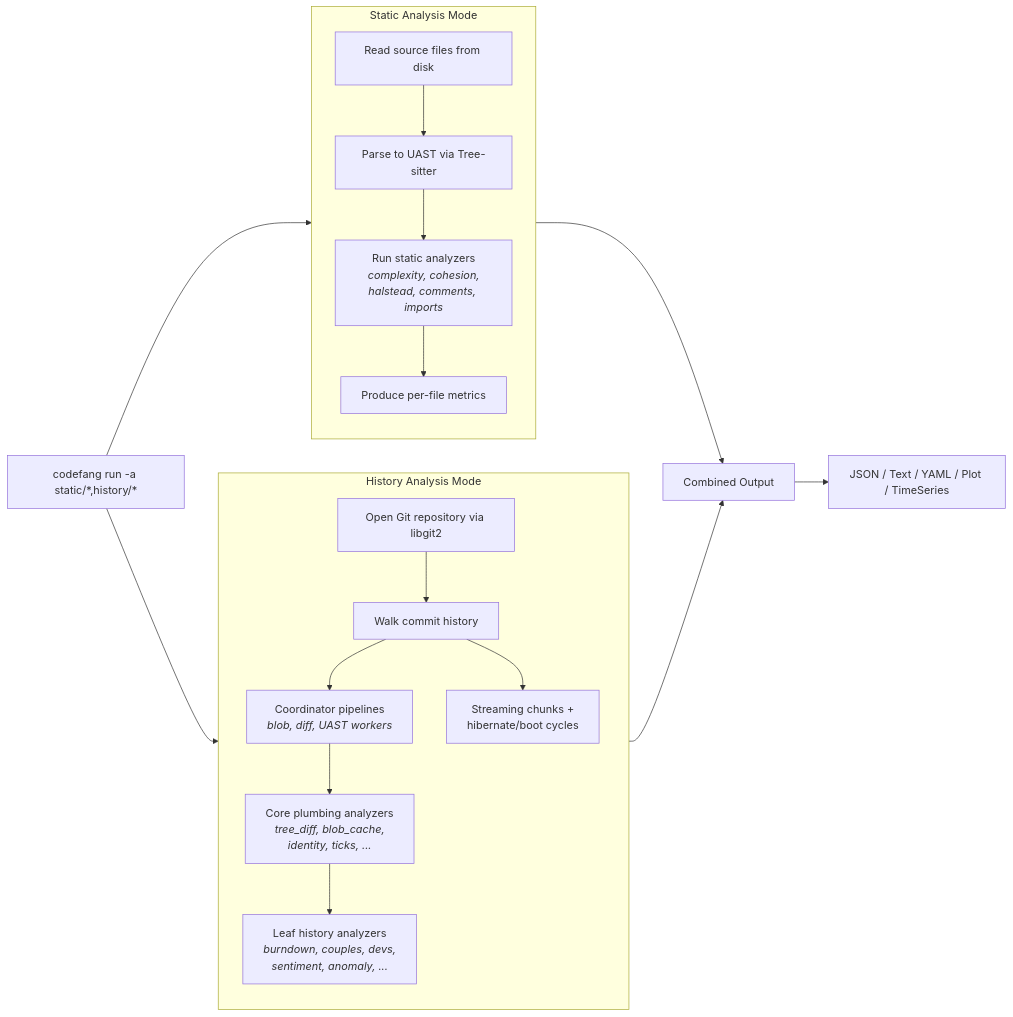
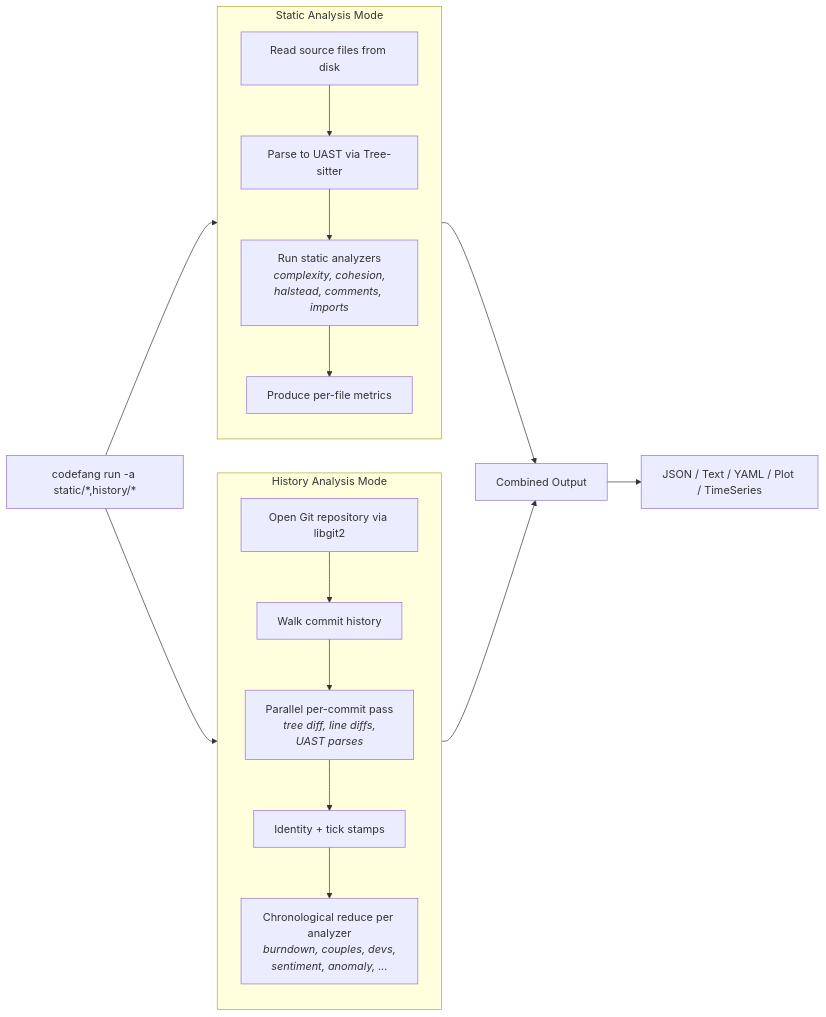
One commit to Sumatoshi-tech/codefang changed the second of 2 diagrams in site/architecture/overview.md. Above: the diagram before and after it, drawn with Mermaid. The commit also changed other lines of this file and 647 other files, not shown here.

First line of the commit message:
feat(history): bounded-memory history core, parallel burndown, UAST spill, codefang mcp (#29)

````diff
--- a/site/architecture/overview.md
+++ b/site/architecture/overview.md
@@ -196,31 +197,29 @@
 ```mermaid
 flowchart LR
     subgraph static_mode["Static Analysis Mode"]
         direction TB
         S1[Read source files from disk]
         S2[Parse to UAST via Tree-sitter]
         S3[Run static analyzers<br/><em>complexity, cohesion,<br/>halstead, comments, imports</em>]
         S4[Produce per-file metrics]
         S1 --> S2 --> S3 --> S4
     end
 
     subgraph history_mode["History Analysis Mode"]
         direction TB
         H1[Open Git repository via libgit2]
         H2[Walk commit history]
-        H3[Coordinator pipelines<br/><em>blob, diff, UAST workers</em>]
-        H4[Core plumbing analyzers<br/><em>tree_diff, blob_cache,<br/>identity, ticks, ...</em>]
-        H5[Leaf history analyzers<br/><em>burndown, couples, devs,<br/>sentiment, anomaly, ...</em>]
-        H6[Streaming chunks +<br/>hibernate/boot cycles]
+        H3[Parallel per-commit pass<br/><em>tree diff, line diffs,<br/>UAST parses</em>]
+        H4[Identity + tick stamps]
+        H5[Chronological reduce per analyzer<br/><em>burndown, couples, devs,<br/>sentiment, anomaly, ...</em>]
         H1 --> H2 --> H3 --> H4 --> H5
-        H2 --> H6
     end
 
     CMD["codefang run -a static/*,history/*"]
     CMD --> static_mode
     CMD --> history_mode
 
     static_mode --> MERGE[Combined Output]
     history_mode --> MERGE
     MERGE --> OUT["JSON / Text / YAML / Plot / TimeSeries"]
 ```
````
